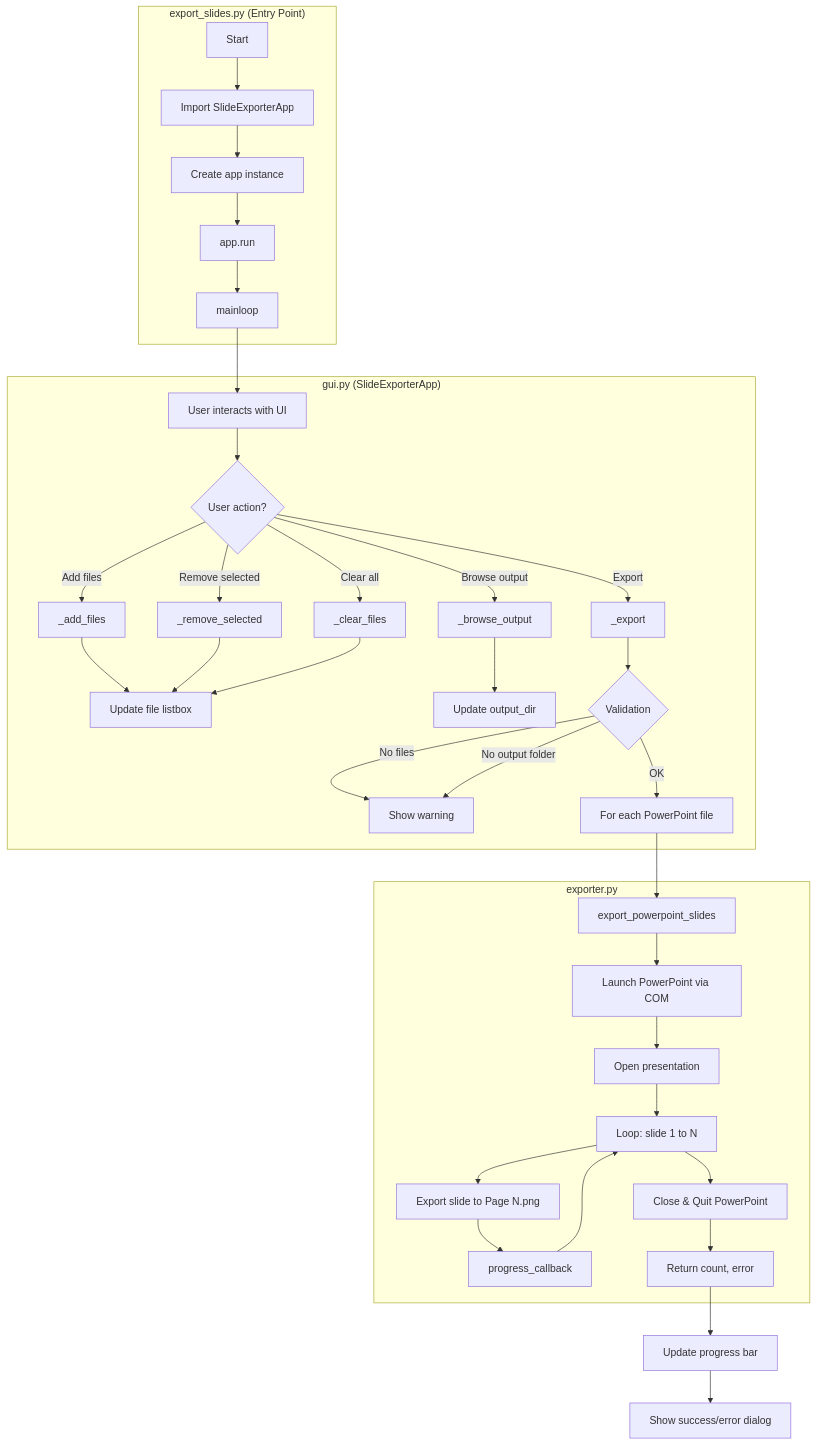
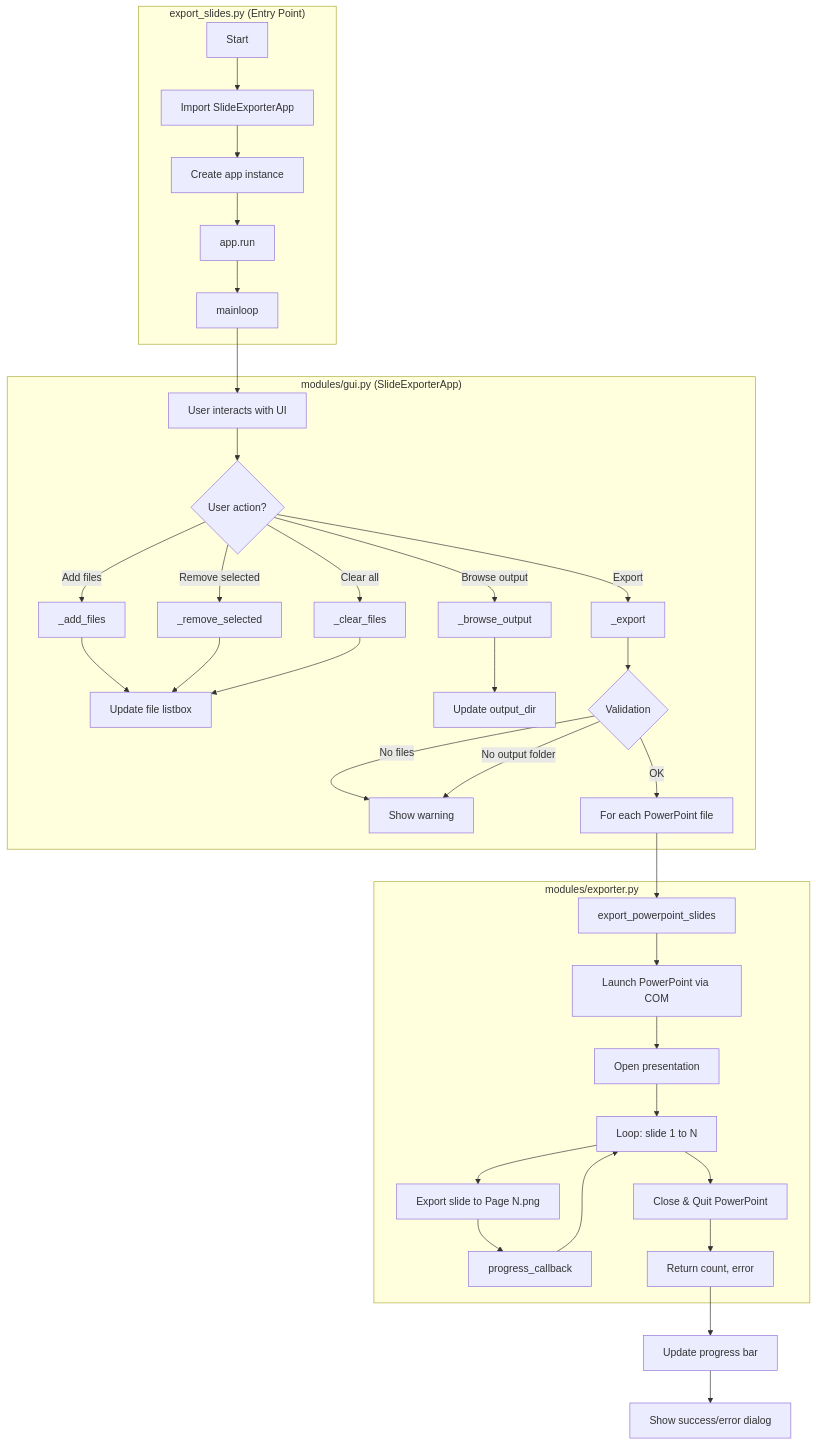
One commit to hamzasiyam/export-powerpoint-slides-to-images changed the diagram in ARCHITECTURE.md. Above: the diagram before and after it, drawn with Mermaid. The commit also changed 5 other files, not shown here.

````diff
--- a/ARCHITECTURE.md
+++ b/ARCHITECTURE.md
@@ -5,44 +5,44 @@
 ```mermaid
 flowchart TB
     subgraph Entry["export_slides.py (Entry Point)"]
         A[Start] --> B[Import SlideExporterApp]
         B --> C[Create app instance]
         C --> D[app.run]
         D --> E[mainloop]
     end
 
-    subgraph GUI["gui.py (SlideExporterApp)"]
+    subgraph GUI["modules/gui.py (SlideExporterApp)"]
         E --> F[User interacts with UI]
         F --> G{User action?}
         G -->|Add files| H[_add_files]
         G -->|Remove selected| I[_remove_selected]
         G -->|Clear all| J[_clear_files]
         G -->|Browse output| K[_browse_output]
         G -->|Export| L[_export]
 
         H --> M[Update file listbox]
         I --> M
         J --> M
         K --> N[Update output_dir]
 
         L --> O{Validation}
         O -->|No files| P[Show warning]
         O -->|No output folder| P
         O -->|OK| Q[For each PowerPoint file]
     end
 
-    subgraph Exporter["exporter.py"]
+    subgraph Exporter["modules/exporter.py"]
         Q --> R[export_powerpoint_slides]
         R --> S[Launch PowerPoint via COM]
         S --> T[Open presentation]
         T --> U[Loop: slide 1 to N]
         U --> V[Export slide to Page N.png]
         V --> W[progress_callback]
         W --> U
         U --> X[Close & Quit PowerPoint]
         X --> Y[Return count, error]
     end
 
     Y --> Z[Update progress bar]
     Z --> AA[Show success/error dialog]
 ```
````
